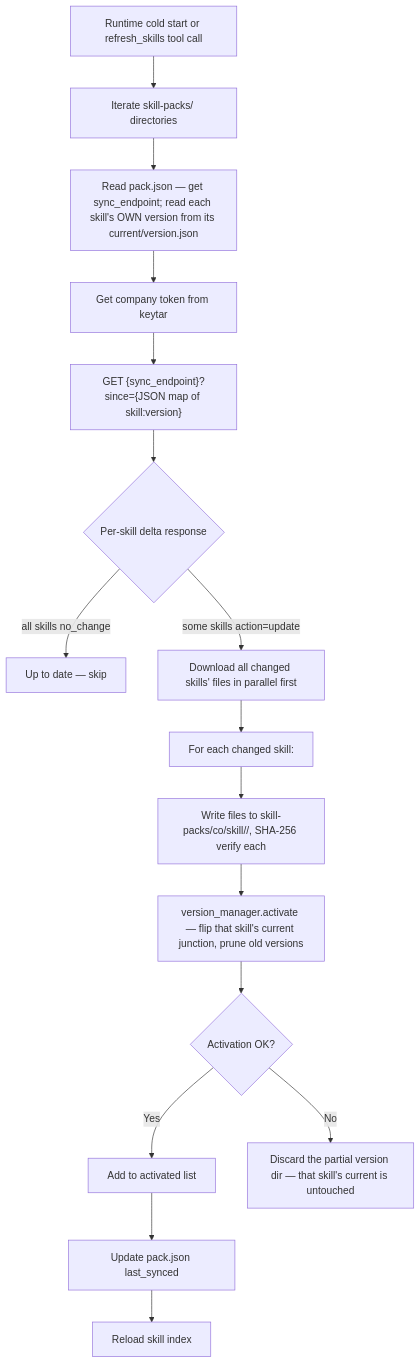
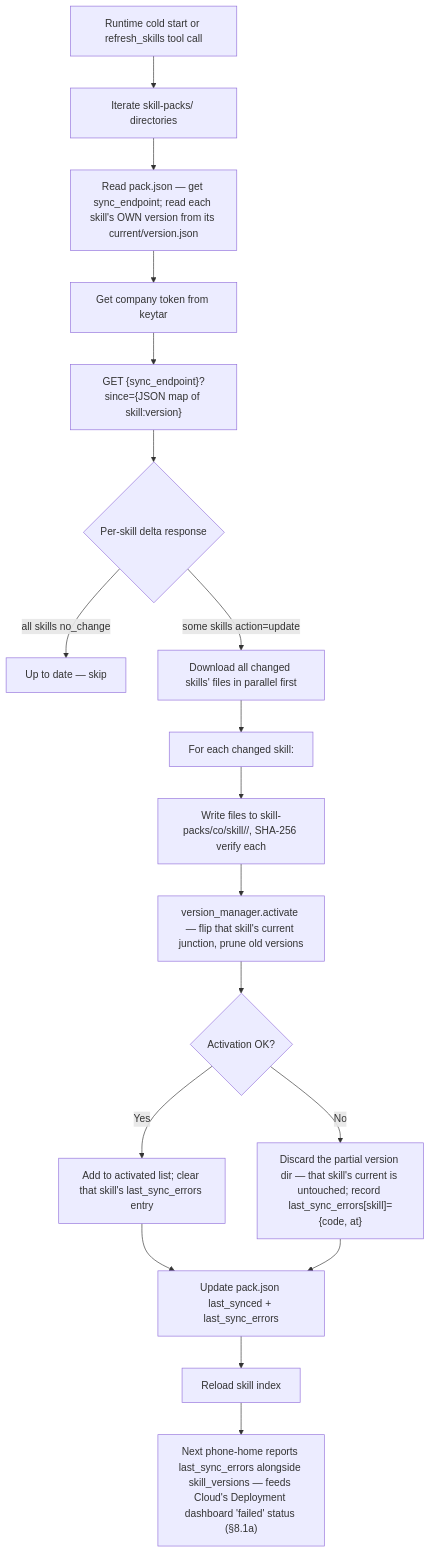
One commit to Cannonbold2412/CONXA changed diagram 17 of 20 in docs/App-Flow.md. Above: the diagram before and after it, drawn with Mermaid. The commit also changed other lines of this file and 6 other files, not shown here.

First line of the commit message:
docs: document per-skill release scoping, Cloud release center, and groups sync

````diff
--- a/docs/App-Flow.md
+++ b/docs/App-Flow.md
@@ -609,18 +661,20 @@
 ```mermaid
 flowchart TD
     A[Runtime cold start or refresh_skills tool call] --> B[Iterate skill-packs/ directories]
     B --> C[Read pack.json — get sync_endpoint; read each skill's OWN version from its current/version.json]
     C --> D[Get company token from keytar]
     D --> E["GET {sync_endpoint}?since={JSON map of skill:version}"]
     E --> F{Per-skill delta response}
     F -->|all skills no_change| G[Up to date — skip]
     F -->|some skills action=update| H[Download all changed skills' files in parallel first]
     H --> I[For each changed skill:]
     I --> J[Write files to skill-packs/co/skill/<version>/, SHA-256 verify each]
     J --> K[version_manager.activate — flip that skill's current junction, prune old versions]
     K --> L{Activation OK?}
-    L -->|Yes| M[Add to activated list]
-    L -->|No| N[Discard the partial version dir — that skill's current is untouched]
-    M --> O[Update pack.json last_synced]
+    L -->|Yes| M[Add to activated list; clear that skill's last_sync_errors entry]
+    L -->|No| N["Discard the partial version dir — that skill's current is untouched; record last_sync_errors[skill]={code, at}"]
+    M --> O[Update pack.json last_synced + last_sync_errors]
+    N --> O
     O --> P[Reload skill index]
+    P --> Q["Next phone-home reports last_sync_errors alongside skill_versions — feeds Cloud's Deployment dashboard 'failed' status (§8.1a)"]
 ```
````
